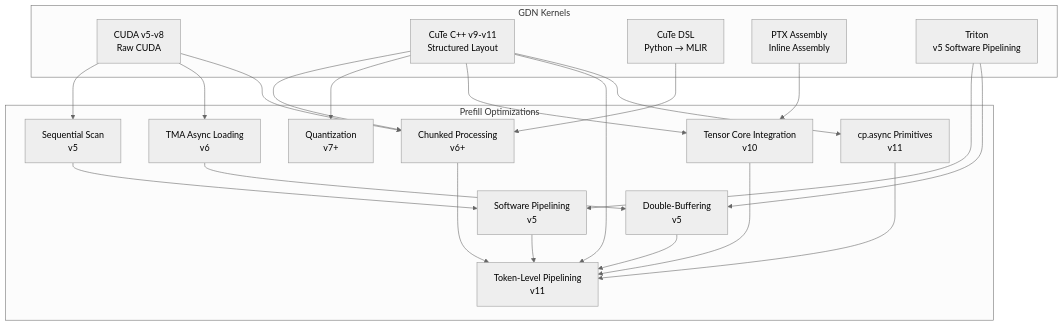
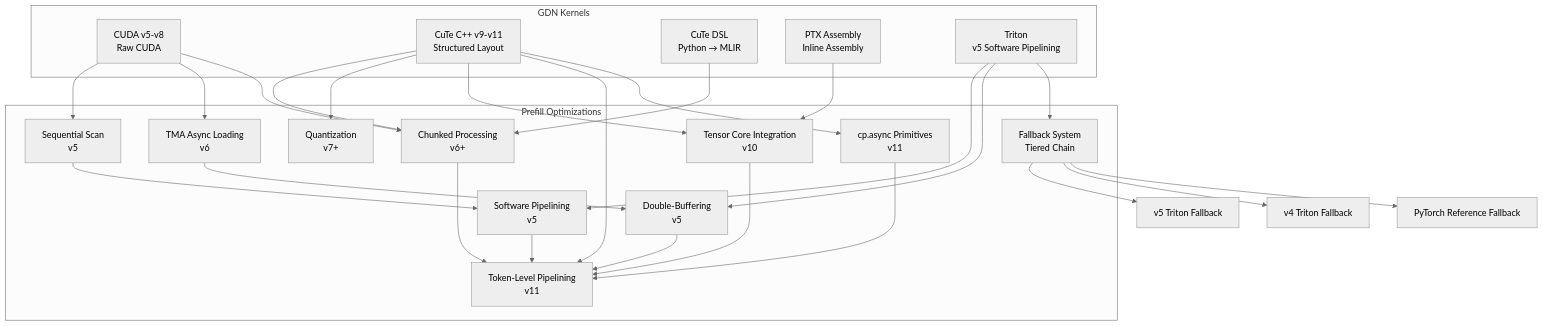
The first of 27 diagrams in .qoder/repowiki/en/content/GDN Prefill Kernel Optimization.md (gugudeshubao/flashinfer-bench-tma-thrust), drawn with Mermaid (neutral theme) before and after one commit. The commit also changed other lines of this file and 46 other files, not shown here.

````diff
--- a/.qoder/repowiki/en/content/GDN Prefill Kernel Optimization.md
+++ b/.qoder/repowiki/en/content/GDN Prefill Kernel Optimization.md
@@ -54,40 +63,45 @@
 ```mermaid
 graph TB
 subgraph "GDN Kernels"
 A["CUDA v5-v8<br/>Raw CUDA"]
 B["CuTe C++ v9-v11<br/>Structured Layout"]
 C["CuTe DSL<br/>Python → MLIR"]
 D["PTX Assembly<br/>Inline Assembly"]
 E["Triton<br/>v5 Software Pipelining"]
 end
 subgraph "Prefill Optimizations"
 F["Sequential Scan<br/>v5"]
 G["TMA Async Loading<br/>v6"]
 H["Chunked Processing<br/>v6+"]
 I["Quantization<br/>v7+"]
 J["Tensor Core Integration<br/>v10"]
 K["Token-Level Pipelining<br/>v11"]
 L["Software Pipelining<br/>v5"]
 M["Double-Buffering<br/>v5"]
 N["cp.async Primitives<br/>v11"]
+O["Fallback System<br/>Tiered Chain"]
 end
 A --> F
 A --> G
 A --> H
 B --> H
 B --> I
 B --> J
 B --> K
 B --> N
 C --> H
 D --> J
 E --> L
 E --> M
+E --> O
 F --> L
 G --> M
 H --> K
 J --> K
 L --> K
 M --> K
 N --> K
+O --> P["v5 Triton Fallback"]
+O --> Q["v4 Triton Fallback"]
+O --> R["PyTorch Reference Fallback"]
 ```
````
